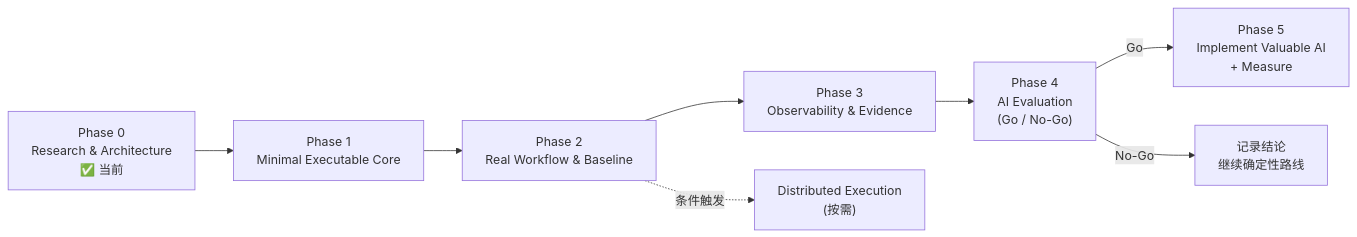
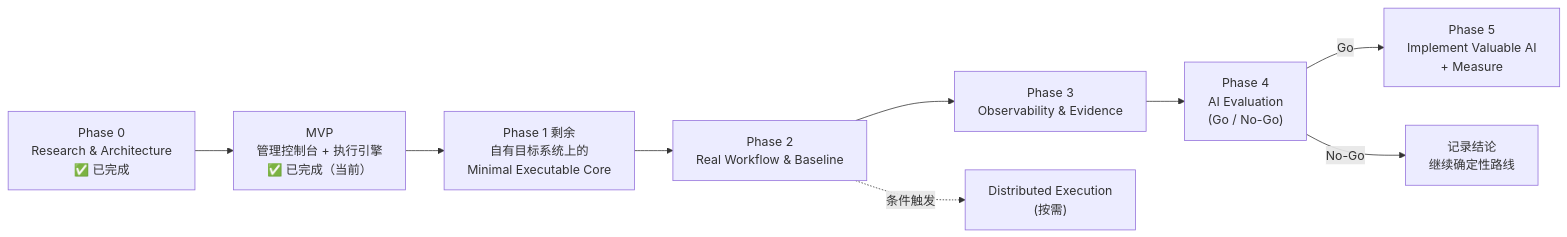
Before and after one commit to Leibiner/AI-Performance-Engineering: the diagram in docs/plans/roadmap.md, drawn with Mermaid. The commit also changed other lines of this file and 11 other files, not shown here.

First line of the commit message:
docs: sync architecture docs with the MVP implementation

````diff
--- a/docs/plans/roadmap.md
+++ b/docs/plans/roadmap.md
@@ -10,10 +55,11 @@
 ```mermaid
 flowchart LR
-    P0["Phase 0<br/>Research & Architecture<br/>✅ 当前"] --> P1["Phase 1<br/>Minimal Executable Core"]
+    P0["Phase 0<br/>Research & Architecture<br/>✅ 已完成"] --> MVP["MVP<br/>管理控制台 + 执行引擎<br/>✅ 已完成（当前）"]
+    MVP --> P1["Phase 1 剩余<br/>自有目标系统上的<br/>Minimal Executable Core"]
     P1 --> P2["Phase 2<br/>Real Workflow & Baseline"]
     P2 --> P3["Phase 3<br/>Observability & Evidence"]
     P3 --> P4["Phase 4<br/>AI Evaluation<br/>(Go / No-Go)"]
     P4 -->|Go| P5["Phase 5<br/>Implement Valuable AI<br/>+ Measure"]
     P4 -->|No-Go| DOC["记录结论<br/>继续确定性路线"]
     P2 -.条件触发.-> PD["Distributed Execution<br/>(按需)"]
 ```
````
